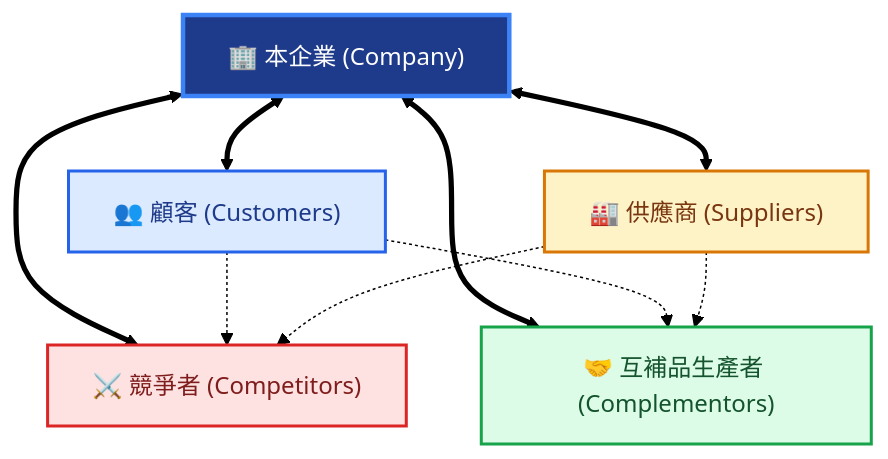
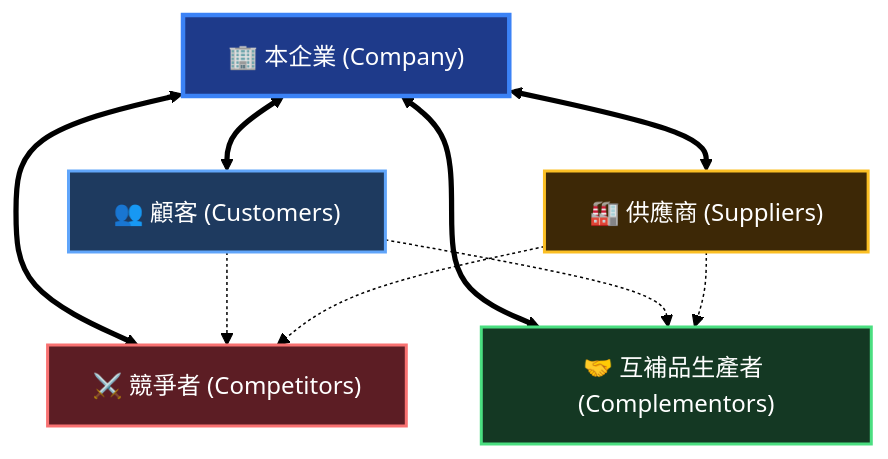
One commit to Jimlin0428/my-digital-garden changed the second of 5 diagrams in src/site/notes/98_商業概念庫/strategy-coopetition_競合戰略 Coopetition.md. Above: the diagram before and after it, drawn with Mermaid (forest theme). The commit also changed other lines of this file and 58 other files, not shown here.

````diff
--- a/src/site/notes/98_商業概念庫/strategy-coopetition_競合戰略 Coopetition.md
+++ b/src/site/notes/98_商業概念庫/strategy-coopetition_競合戰略 Coopetition.md
@@ -55,24 +55,24 @@
 ```mermaid
 flowchart TD
     Customer["👥 顧客 (Customers)"]
     Supplier["🏭 供應商 (Suppliers)"]
     Competitor["⚔️ 競爭者 (Competitors)"]
     Complementor["🤝 互補品生產者 (Complementors)"]
     Company["🏢 本企業 (Company)"]
 
     Company <==> Customer
     Company <==> Supplier
     Company <==> Competitor
     Company <==> Complementor
 
     Customer -.-> Competitor
     Customer -.-> Complementor
     Supplier -.-> Competitor
     Supplier -.-> Complementor
 
     style Company fill:#1e3a8a,stroke:#3b82f6,stroke-width:3px,color:#ffffff
-    style Complementor fill:#dcfce7,stroke:#16a34a,stroke-width:2px,color:#14532d
-    style Competitor fill:#fee2e2,stroke:#dc2626,stroke-width:2px,color:#7f1d1d
-    style Customer fill:#dbeafe,stroke:#2563eb,stroke-width:2px,color:#1e3a8a
-    style Supplier fill:#fef3c7,stroke:#d97706,stroke-width:2px,color:#78350f
+    style Complementor fill:#143823,stroke:#4ade80,stroke-width:2px,color:#ffffff
+    style Competitor fill:#5c1d24,stroke:#f87171,stroke-width:2px,color:#ffffff
+    style Customer fill:#1e3a5f,stroke:#60a5fa,stroke-width:2px,color:#ffffff
+    style Supplier fill:#3d2806,stroke:#fbbf24,stroke-width:2px,color:#ffffff
 ```
````
